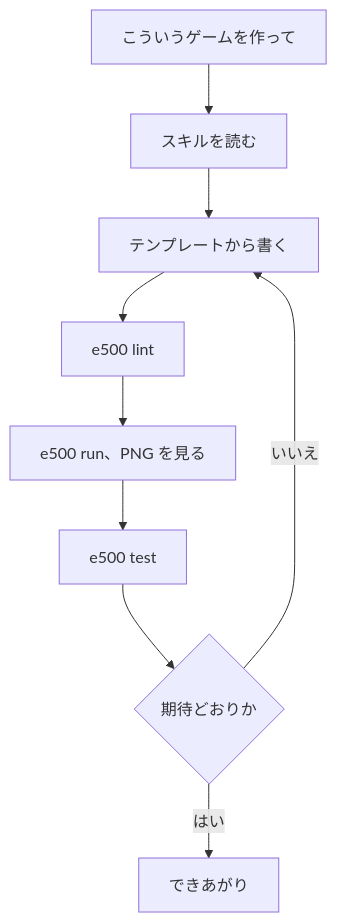
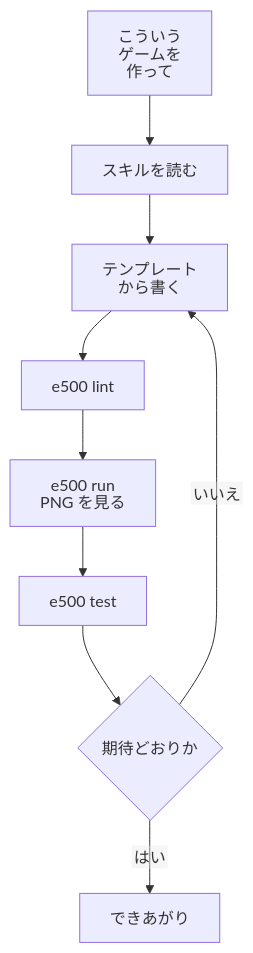
The second of 3 diagrams in docs/manual/22_COMMAND_LINE_AI.md (litchi-gh/pc-e500_tools), drawn with Mermaid before and after one commit. The commit also changed other lines of this file, not shown here.

Commit message:
Manual 22: keep Mermaid labels from being cut on GitHub
GitHub draws Mermaid labels in HTML boxes and cut long Japanese labels.
Try SVG text labels (htmlLabels: false) on the three diagrams of this
chapter, and wrap the labels of the 22.6 diagram.

````diff
--- a/docs/manual/22_COMMAND_LINE_AI.md
+++ b/docs/manual/22_COMMAND_LINE_AI.md
@@ -325,11 +326,12 @@
 ```mermaid
+%%{init: {"htmlLabels": false, "flowchart": {"htmlLabels": false}}}%%
 flowchart TD
-  P["こういうゲームを作って"] --> S["スキルを読む"]
-  S --> W["テンプレートから書く"]
+  P["こういう<br>ゲームを<br>作って"] --> S["スキルを読む"]
+  S --> W["テンプレート<br>から書く"]
   W --> L["e500 lint"]
-  L --> R["e500 run、PNG を見る"]
+  L --> R["e500 run<br>PNG を見る"]
   R --> T["e500 test"]
   T --> Q{"期待どおりか"}
   Q -- いいえ --> W
   Q -- はい --> D["できあがり"]
 ```
````
